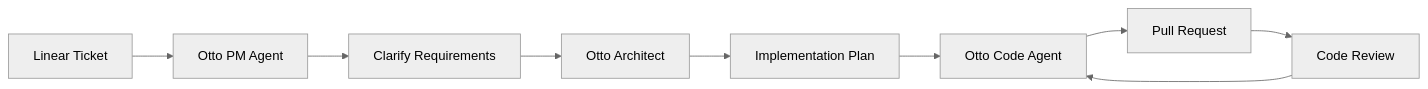
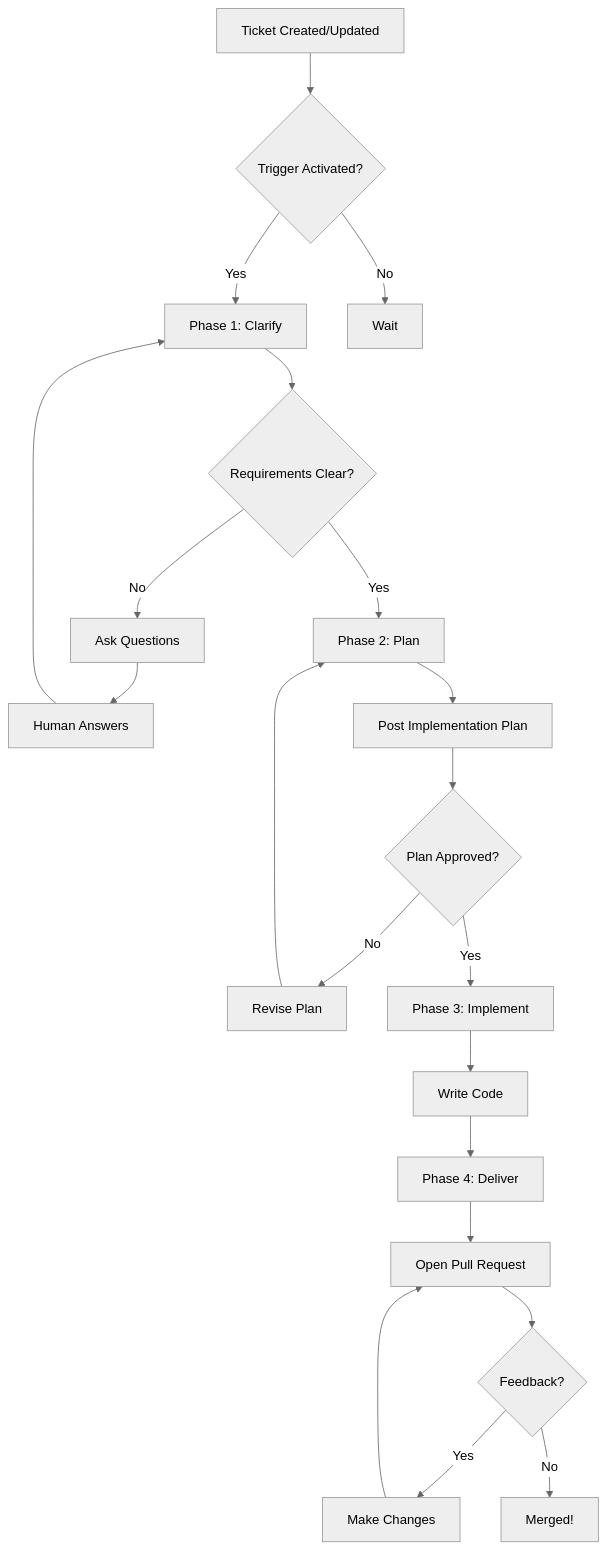
Before and after one commit to ebsc-dev/otto-docs: the diagram in content/docs/1.getting-started/1.introduction.md, drawn with Mermaid (neutral theme). The commit also changed other lines of this file, not shown here.

````diff
--- a/content/docs/1.getting-started/1.introduction.md
+++ b/content/docs/1.getting-started/1.introduction.md
@@ -22,11 +74,23 @@
 ```mermaid
-graph LR
-    A[Linear Ticket] --> B[Otto PM Agent]
-    B --> C[Clarify Requirements]
-    C --> D[Otto Architect]
-    D --> E[Implementation Plan]
-    E --> F[Otto Code Agent]
-    F --> G[Pull Request]
-    G --> H[Code Review]
-    H --> F
+graph TD
+    A[Ticket Created/Updated] --> B{Trigger Activated?}
+    B -->|Yes| C[Phase 1: Clarify]
+    B -->|No| Z[Wait]
+    C --> D{Requirements Clear?}
+    D -->|No| E[Ask Questions]
+    E --> F[Human Answers]
+    F --> C
+    D -->|Yes| G[Phase 2: Plan]
+    G --> H[Post Implementation Plan]
+    H --> I{Plan Approved?}
+    I -->|No| J[Revise Plan]
+    J --> G
+    I -->|Yes| K[Phase 3: Implement]
+    K --> L[Write Code]
+    L --> M[Phase 4: Deliver]
+    M --> N[Open Pull Request]
+    N --> O{Feedback?}
+    O -->|Yes| P[Make Changes]
+    P --> N
+    O -->|No| Q[Merged!]
 ```
````
